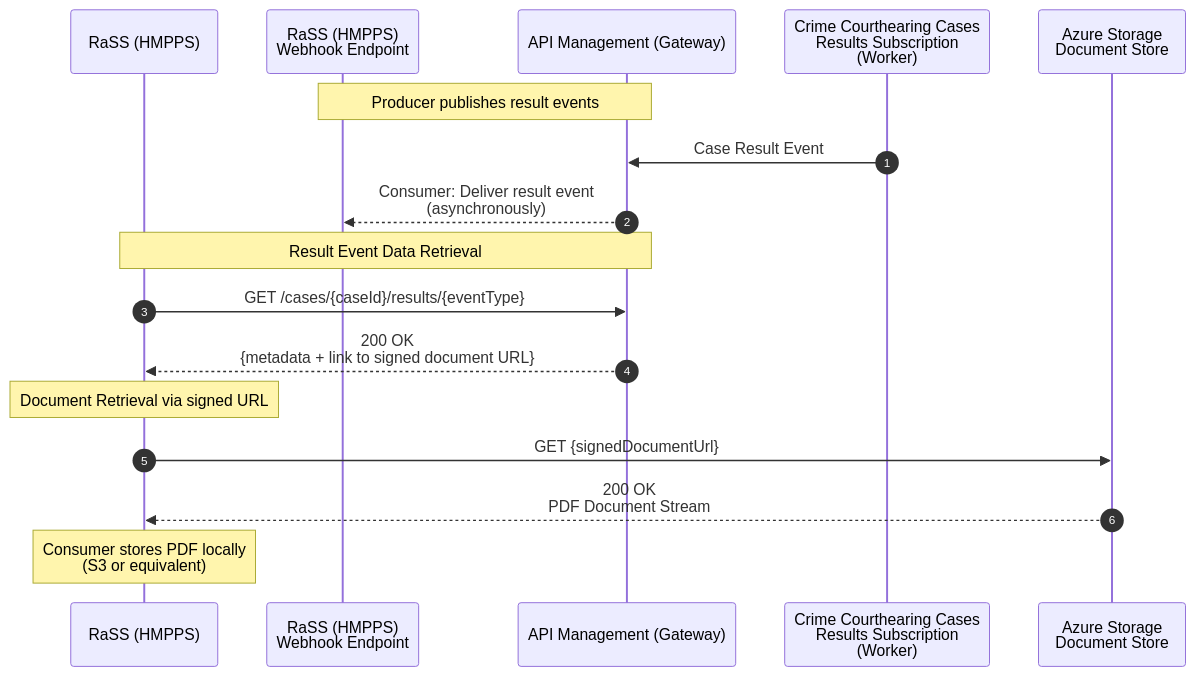
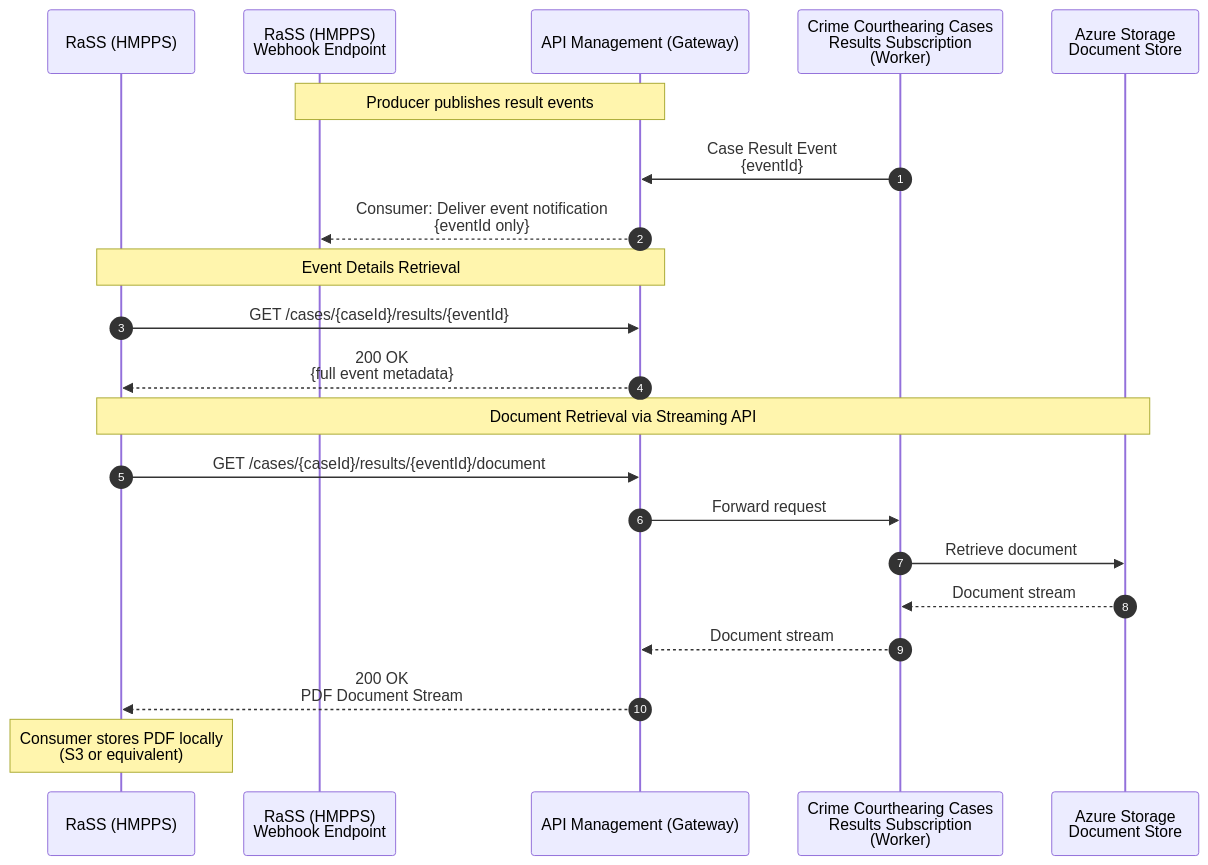
One commit to hmcts/api-cp-crime-courthearing-cases-results changed the third of 4 diagrams in docs/NOTIFICATION_REQUIREMENTS.md. Above: the diagram before and after it, drawn with Mermaid. The commit also changed other lines of this file, not shown here.

First line of the commit message:
docs: update notification requirements with authentication and streaming API

````diff
--- a/docs/NOTIFICATION_REQUIREMENTS.md
+++ b/docs/NOTIFICATION_REQUIREMENTS.md
@@ -166,28 +166,32 @@
 ```mermaid
 
 sequenceDiagram
     autonumber
 
     participant Consumer as RaSS (HMPPS)
     participant Webhook as RaSS (HMPPS)<br/>Webhook Endpoint
-    participant APIM as API Management (Gateway)    
+    participant APIM as API Management (Gateway)
     participant CCRS as Crime Courthearing Cases<br/>Results Subscription<br/>(Worker)
     participant DocStore as Azure Storage<br/>Document Store
 
     Note over APIM,Webhook: Producer publishes result events
-    CCRS->>APIM: Case Result Event
-    
-    APIM-->>Webhook: Consumer: Deliver result event<br/>(asynchronously)
+    CCRS->>APIM: Case Result Event<br/>{eventId}
 
-    Note over Consumer,APIM: Result Event Data Retrieval
+    APIM-->>Webhook: Consumer: Deliver event notification<br/>{eventId only}
 
-    Consumer->>APIM: GET /cases/{caseId}/results/{eventType}
-    APIM-->>Consumer: 200 OK<br/>{metadata + link to signed document URL}
+    Note over Consumer,APIM: Event Details Retrieval
 
-    Note over Consumer: Document Retrieval via signed URL
+    Consumer->>APIM: GET /cases/{caseId}/results/{eventId}
+    APIM-->>Consumer: 200 OK<br/>{full event metadata}
 
-    Consumer->>DocStore: GET {signedDocumentUrl}
-    DocStore-->>Consumer: 200 OK<br/>PDF Document Stream
-    
+    Note over Consumer,DocStore: Document Retrieval via Streaming API
+
+    Consumer->>APIM: GET /cases/{caseId}/results/{eventId}/document
+    APIM->>CCRS: Forward request
+    CCRS->>DocStore: Retrieve document
+    DocStore-->>CCRS: Document stream
+    CCRS-->>APIM: Document stream
+    APIM-->>Consumer: 200 OK<br/>PDF Document Stream
+
     Note over Consumer: Consumer stores PDF locally<br/>(S3 or equivalent)
 ```
````
